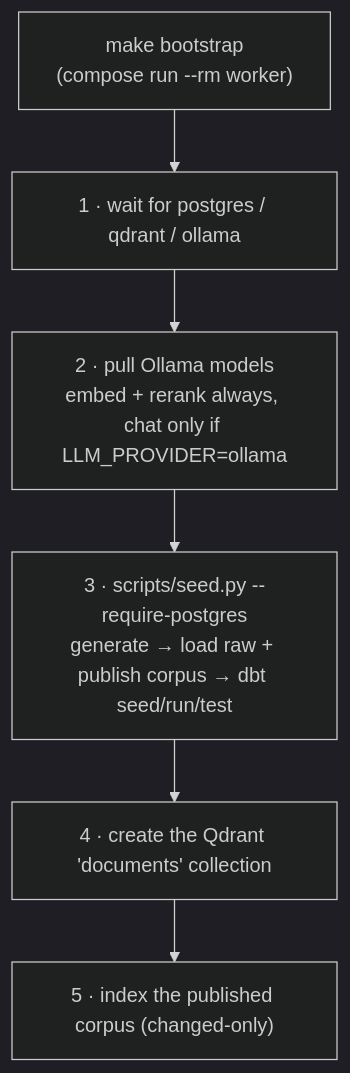
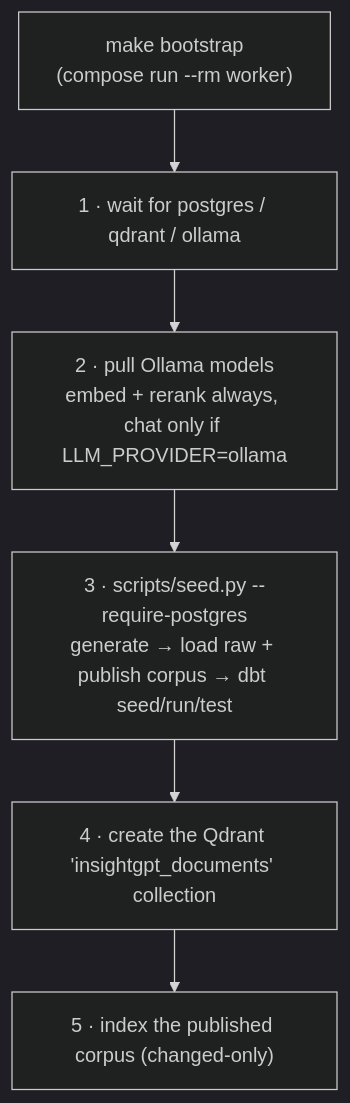
The second of 2 diagrams in docs/09-deployment.md (umesh-404/insight-gpt), drawn with Mermaid (dark theme) before and after one commit. The commit also changed other lines of this file and 72 other files, not shown here.

````diff
--- a/docs/09-deployment.md
+++ b/docs/09-deployment.md
@@ -327,8 +413,8 @@
 ```mermaid
 graph TB
     START["make bootstrap<br/>(compose run --rm worker)"] --> WAIT["1 · wait for postgres / qdrant / ollama"]
     WAIT --> MODELS["2 · pull Ollama models<br/>embed + rerank always, chat only if LLM_PROVIDER=ollama"]
     MODELS --> SEED["3 · scripts/seed.py --require-postgres<br/>generate → load raw + publish corpus → dbt seed/run/test"]
-    SEED --> COLL["4 · create the Qdrant 'documents' collection"]
+    SEED --> COLL["4 · create the Qdrant 'insightgpt_documents' collection"]
     COLL --> INDEX["5 · index the published corpus (changed-only)"]
 ```
````
